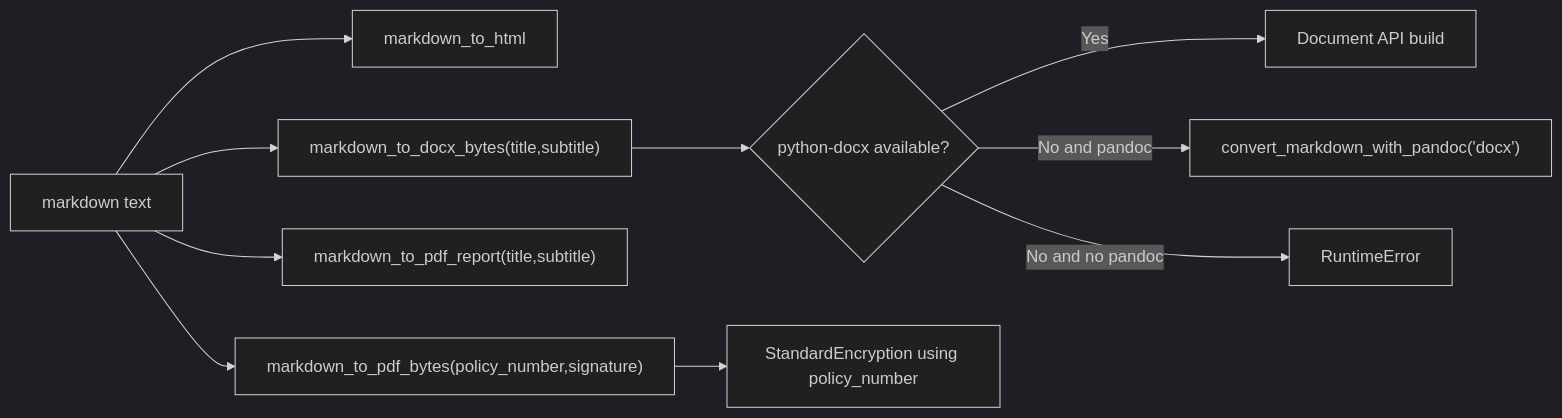
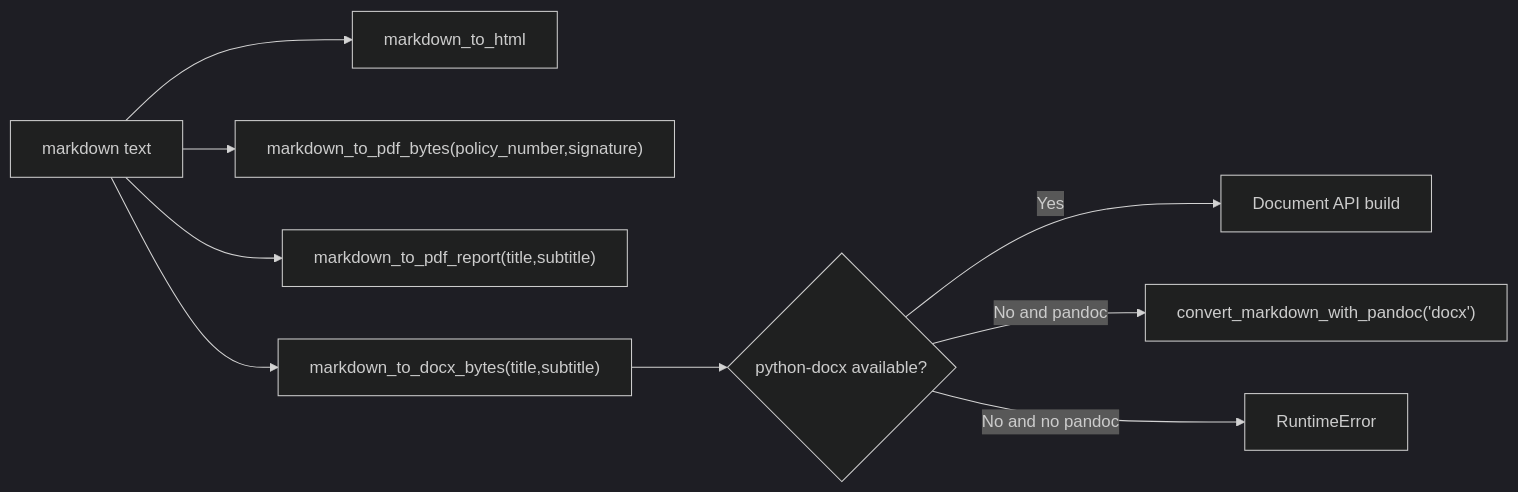
One commit to ApostolisSiatras/GDPR-Assessor changed the diagram in docs/architecture-diagrams/mermaid-src/06-rendering-export-pipeline__a-module-architecture-diagram__01.mmd. Above: the diagram before and after it, drawn with Mermaid (dark theme). The commit also changed 20 other files, not shown here.

Commit message:
Remove unused encryption paths and simplify policy persistence/export

```diff
--- a/docs/architecture-diagrams/mermaid-src/06-rendering-export-pipeline__a-module-architecture-diagram__01.mmd
+++ b/docs/architecture-diagrams/mermaid-src/06-rendering-export-pipeline__a-module-architecture-diagram__01.mmd
@@ -1,12 +1,10 @@
 flowchart LR
   MD["markdown text"] --> H["markdown_to_html"]
   MD --> P1["markdown_to_pdf_bytes(policy_number,signature)"]
   MD --> P2["markdown_to_pdf_report(title,subtitle)"]
   MD --> D["markdown_to_docx_bytes(title,subtitle)"]
 
   D --> C1{python-docx available?}
   C1 -->|Yes| C2["Document API build"]
   C1 -->|No and pandoc| C3["convert_markdown_with_pandoc('docx')"]
   C1 -->|No and no pandoc| C4["RuntimeError"]
-
-  P1 --> SEC["StandardEncryption using policy_number"]
```
